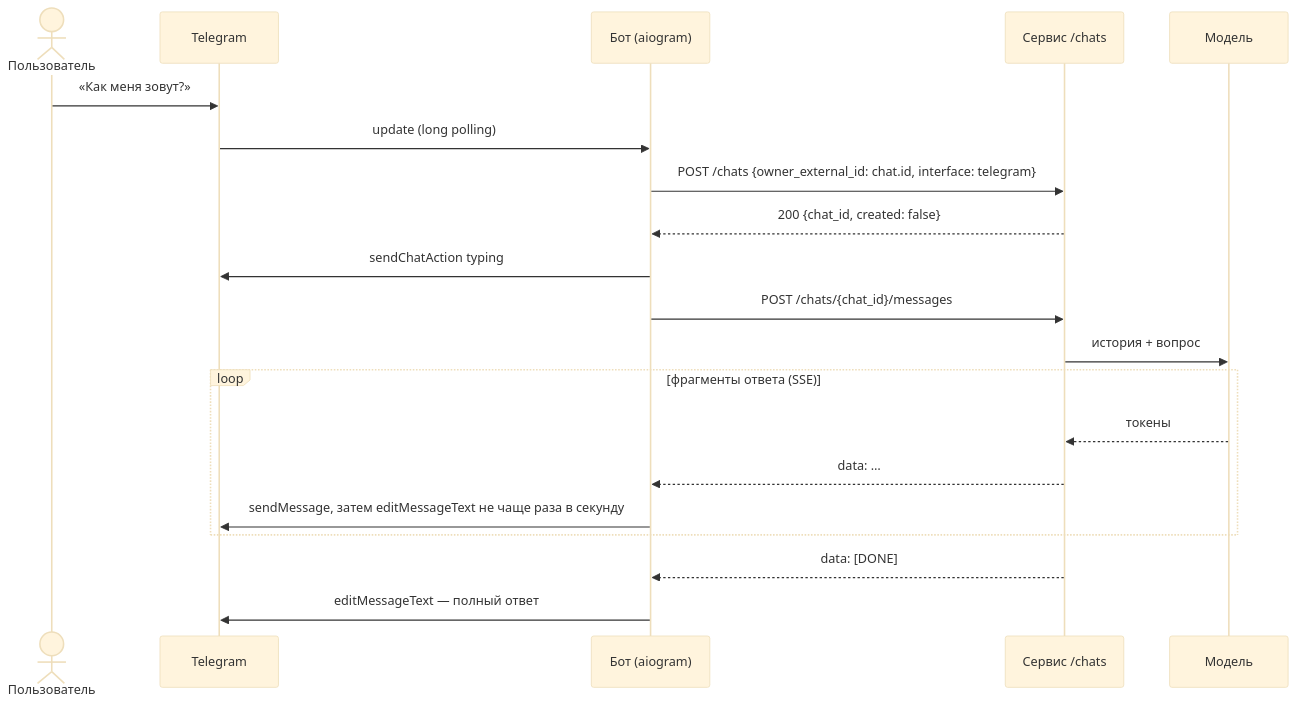
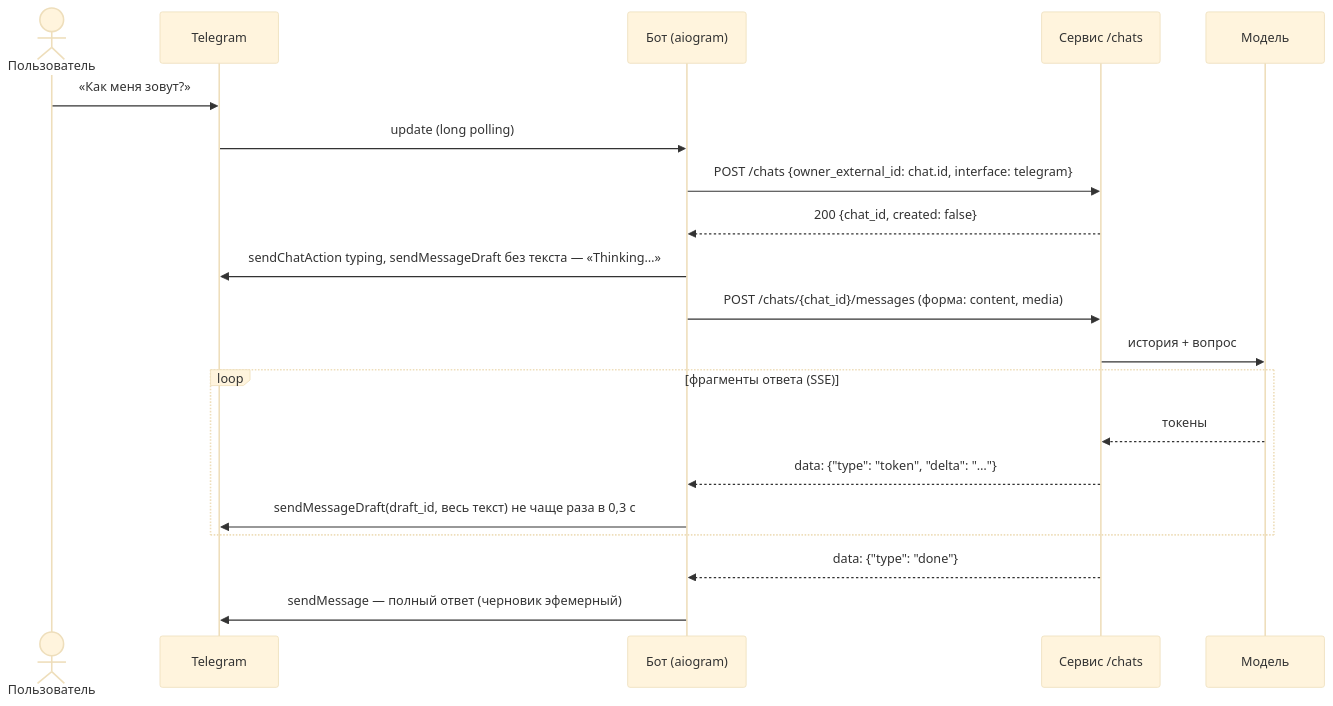
The first of 2 diagrams in docs/bot.md (AlexBuQA/multapi), drawn with Mermaid (base theme) before and after one commit. The commit also changed other lines of this file and 64 other files, not shown here.

Commit message:
feat:блок 4.3 — медиа в чатах, черновики sendMessageDraft, /notify

````diff
--- a/docs/bot.md
+++ b/docs/bot.md
@@ -16,22 +18,22 @@
 ```mermaid
 sequenceDiagram
     actor U as Пользователь
     participant T as Telegram
     participant B as Бот (aiogram)
     participant S as Сервис /chats
     participant M as Модель
     U->>T: «Как меня зовут?»
     T->>B: update (long polling)
     B->>S: POST /chats {owner_external_id: chat.id, interface: telegram}
     S-->>B: 200 {chat_id, created: false}
-    B->>T: sendChatAction typing
-    B->>S: POST /chats/{chat_id}/messages
+    B->>T: sendChatAction typing, sendMessageDraft без текста — «Thinking…»
+    B->>S: POST /chats/{chat_id}/messages (форма: content, media)
     S->>M: история + вопрос
     loop фрагменты ответа (SSE)
         M-->>S: токены
-        S-->>B: data: …
-        B->>T: sendMessage, затем editMessageText не чаще раза в секунду
+        S-->>B: data: {"type": "token", "delta": "…"}
+        B->>T: sendMessageDraft(draft_id, весь текст) не чаще раза в 0,3 с
     end
-    S-->>B: data: [DONE]
-    B->>T: editMessageText — полный ответ
+    S-->>B: data: {"type": "done"}
+    B->>T: sendMessage — полный ответ (черновик эфемерный)
 ```
````
